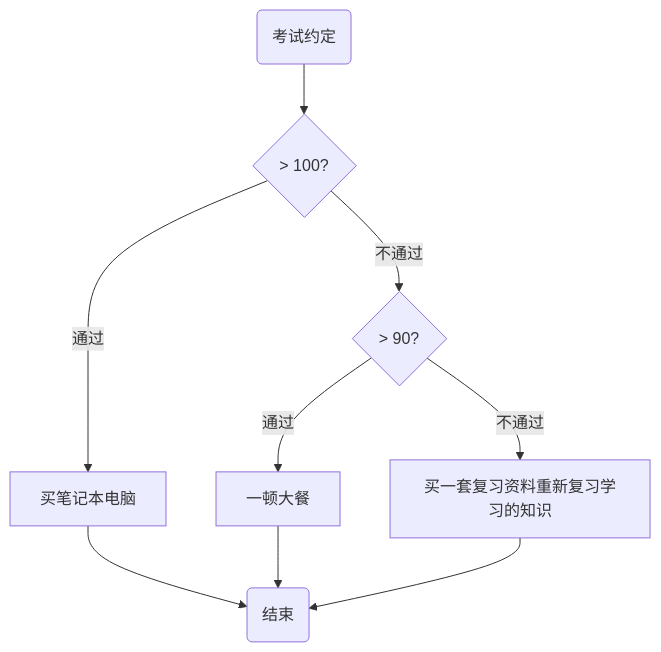
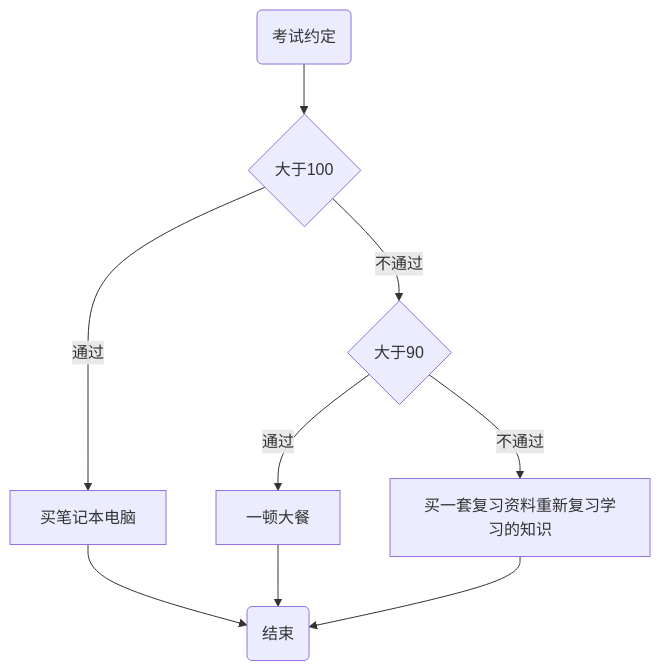
Before and after one commit to ZhouHr/zhouhr.github.io: the diagram in 计算机基础知识/C++基础入门/章节/第5章-如何给你的程序增加简单的智能.md, drawn with Mermaid. The commit also changed 1 other file, not shown here.

Commit message:
docs(cpp): 更新第5章流程图并添加到课件目录
- 更新第5章流程图，使用更简洁的表示方式- 在课件目录中添加第5章链接，确保目录完整性

````diff
--- a/计算机基础知识/C++基础入门/章节/第5章-如何给你的程序增加简单的智能.md
+++ b/计算机基础知识/C++基础入门/章节/第5章-如何给你的程序增加简单的智能.md
@@ -30,11 +30,11 @@
 ```mermaid
-graph TD
-  A(考试约定) --> B{> 100?}
-  B{> 100?} -- 通过 --> D[买笔记本电脑]
-  B{> 100?} -- 不通过 --> C{> 90?}
-  C{> 90?} -- 通过 --> E[一顿大餐]
-  C{> 90?} -- 不通过 --> F[买一套复习资料重新复习学习的知识]
-  D[买笔记本电脑] --> G(结束)
-  E[一顿大餐] --> G(结束)
-  F[买一套复习资料重新复习学习的知识] --> G(结束)
+graph TD;
+  A(考试约定) --> B{大于100};
+  B{大于100} -- 通过 --> D[买笔记本电脑];
+  B{大于100} -- 不通过 --> C{大于90};
+  C{大于90} -- 通过 --> E[一顿大餐];
+  C{大于90} -- 不通过 --> F[买一套复习资料重新复习学习的知识];
+  D[买笔记本电脑] --> G(结束);
+  E[一顿大餐] --> G(结束);
+  F[买一套复习资料重新复习学习的知识] --> G(结束);
 ```
````
